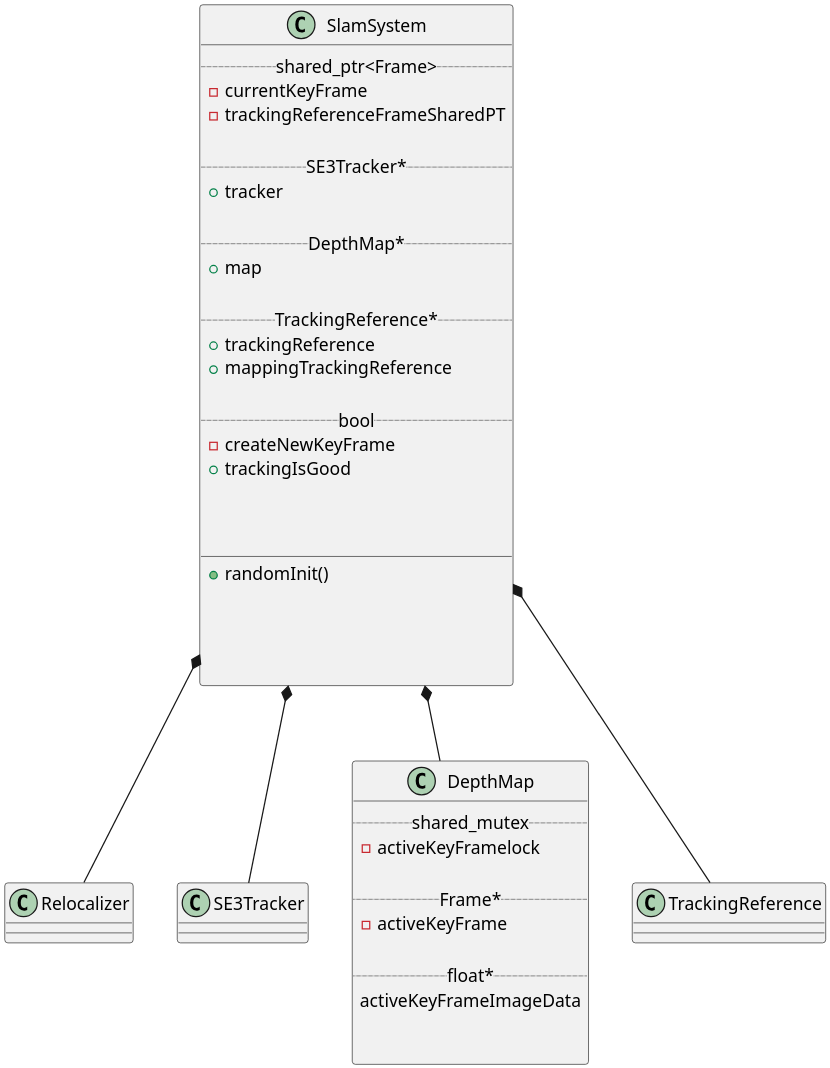
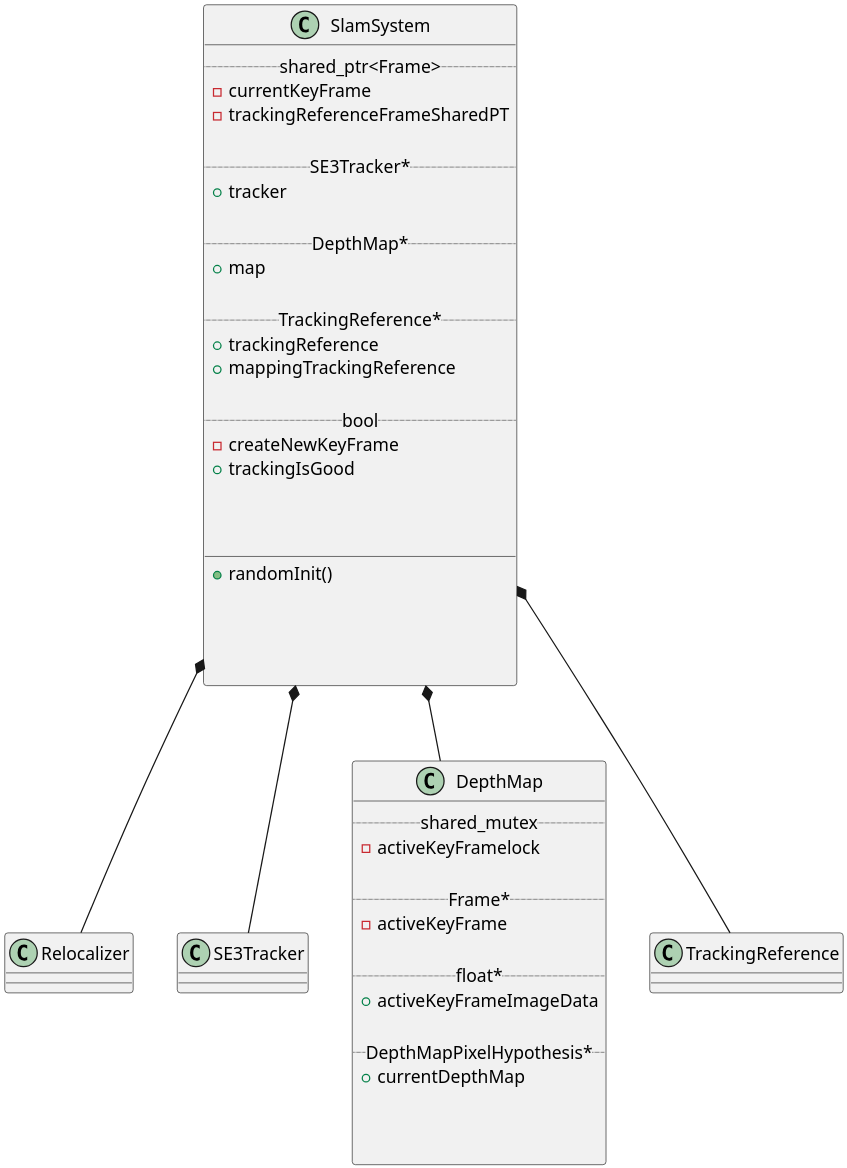
The diagram in lsd_slam_core/src/class.puml (ziyangli/lsd_slam), drawn with PlantUML before and after one commit. The commit also changed 5 other files, not shown here.

Commit message:
added track_frame diagram

```diff
--- a/lsd_slam_core/src/class.puml
+++ b/lsd_slam_core/src/class.puml
@@ -1,65 +1,69 @@
 @startuml
     skinparam dpi 300
 
     class SlamSystem {
         .. shared_ptr<Frame> ..
         - currentKeyFrame
         - trackingReferenceFrameSharedPT
 
         .. SE3Tracker* ..
         + tracker
 
         .. DepthMap* ..
         + map
 
         .. TrackingReference* ..
         + trackingReference
         + mappingTrackingReference
 
         .. bool ..
         - createNewKeyFrame
         + trackingIsGood
 
 
 
         __
         + randomInit()
 
 
 
 
 }
 
 
 class Relocalizer {
 
 }
 
 class SE3Tracker {
 
 }
 
 class DepthMap {
       .. shared_mutex ..
       - activeKeyFramelock
 
       .. Frame* ..
       - activeKeyFrame
 
       .. float* ..
-      activeKeyFrameImageData
+      + activeKeyFrameImageData
+
+      .. DepthMapPixelHypothesis* ..
+      + currentDepthMap
+
 
 
 }
 
 class TrackingReference {
 
 }
 
 
 SlamSystem *-- Relocalizer
 SlamSystem *-- SE3Tracker
 SlamSystem *-- DepthMap
 SlamSystem *-- TrackingReference
 
 @enduml
```
